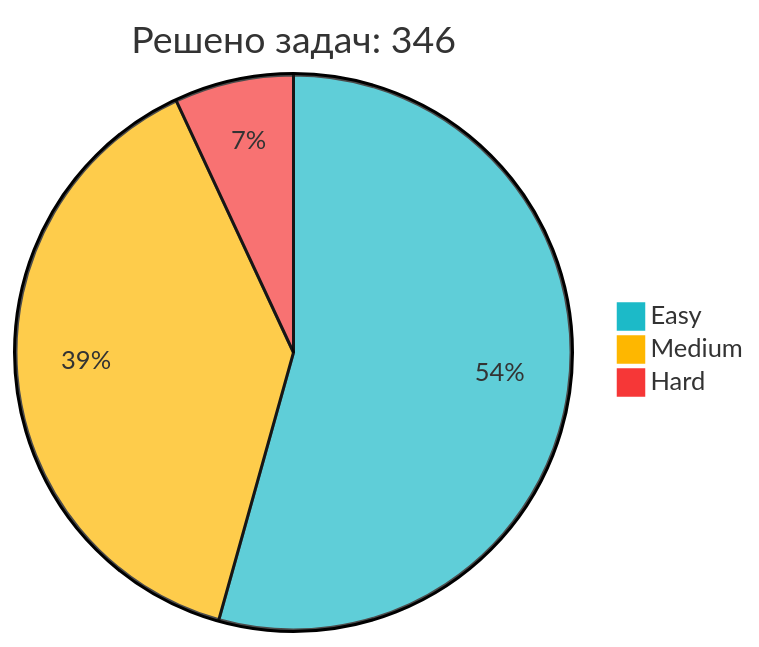
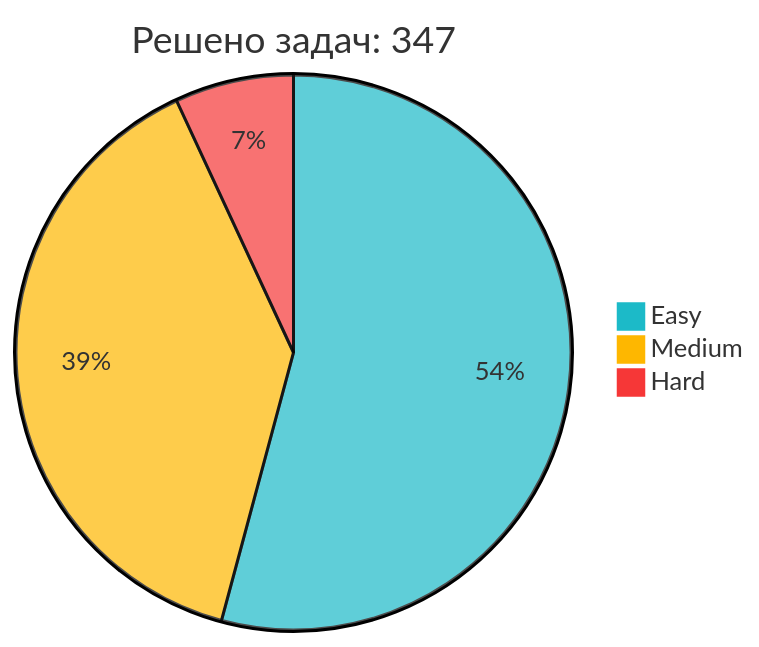
Before and after one commit to IliaKurdukov/IliaKurdukov: the diagram in README.md, drawn with Mermaid. The commit also changed other lines of this file, not shown here.

Commit message:
📈 Обновление статистики LeetCode

````diff
--- a/README.md
+++ b/README.md
@@ -51,7 +51,7 @@
 ```mermaid
 %%{init: {'theme': 'base', 'themeVariables': { 'pie1': '#1CBAC8', 'pie2': '#FEB700', 'pie3': '#F63737' }, 'config': {'width': 300, 'height': 200}}}%%
-pie title Решено задач: 346
+pie title Решено задач: 347
    "Easy" : 188
-   "Medium" : 134
+   "Medium" : 135
    "Hard" : 24
 ```
````
